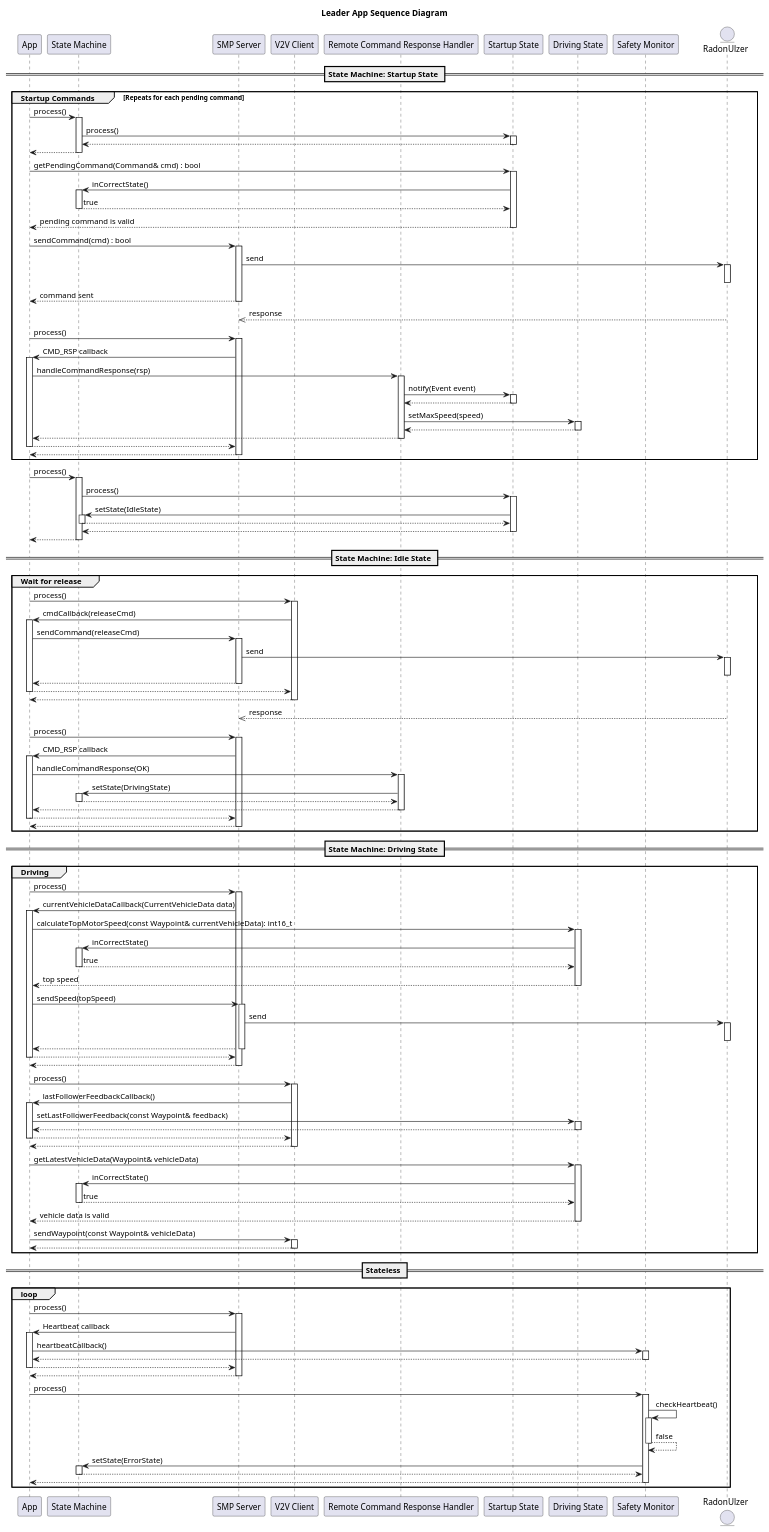
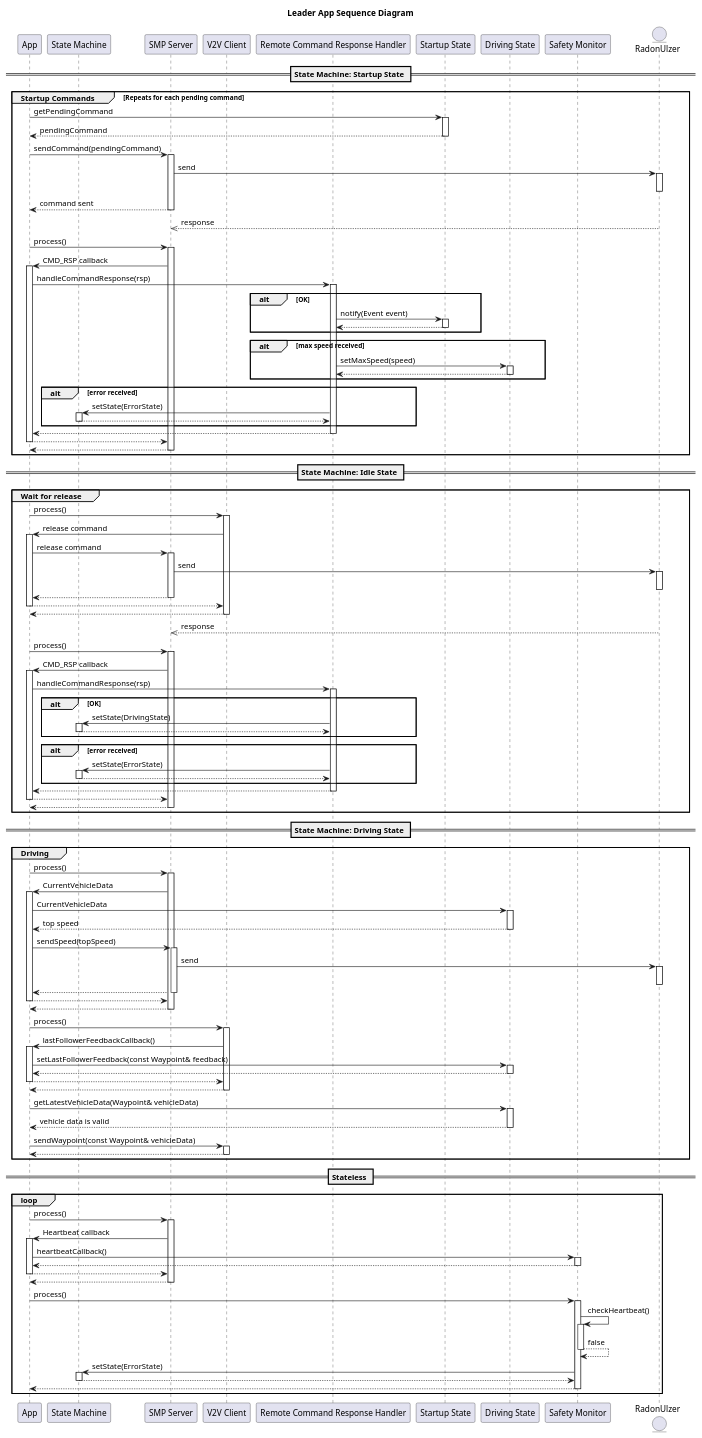
One commit to BlueAndi/DroidControlShip changed the diagram in doc/architecture/uml/ProcessView/Leader/AppSequence.puml. Above: the diagram before and after it, drawn with PlantUML.

Commit message:
Simplified leader app sequence

```diff
--- a/doc/architecture/uml/ProcessView/Leader/AppSequence.puml
+++ b/doc/architecture/uml/ProcessView/Leader/AppSequence.puml
@@ -1,131 +1,127 @@
 @startuml LeaderAppSequenceDiagram
 
 autoactivate on
 
 Title Leader App Sequence Diagram
 
 participant "App" as App
 participant "State Machine" as SM
 participant "SMP Server" as Smp
 participant "V2V Client" as Mqtt
 participant "Remote Command Response Handler" as RCRH
 participant "Startup State" as StartupState
 participant "Driving State" as DrivingState
 participant "Safety Monitor" as SafetyMonitor
 
 entity "RadonUlzer" as RU
 
 == State Machine: Startup State ==
 
 group Startup Commands [Repeats for each pending command]
-    App -> SM : process()
-        SM -> StartupState : process()
-        return
-    return
+    App -> StartupState : getPendingCommand
+    return pendingCommand
 
-    App -> StartupState : getPendingCommand(Command& cmd) : bool
-        StartupState -> SM: inCorrectState()
-        return true
-    return pending command is valid
-
-    App -> Smp : sendCommand(cmd) : bool
+    App -> Smp : sendCommand(pendingCommand)
         Smp -> RU : send
         deactivate
     return command sent
 
     RU -->> Smp : response
 
     App -> Smp : process()
         Smp -> App : CMD_RSP callback
             App -> RCRH : handleCommandResponse(rsp)
-                RCRH -> StartupState : notify(Event event)
-                return
-                RCRH -> DrivingState : setMaxSpeed(speed)
-                return
+                alt OK
+                    RCRH -> StartupState : notify(Event event)
+                    return
+                end
+                alt max speed received
+                    RCRH -> DrivingState : setMaxSpeed(speed)
+                    return
+                end
+                alt error received
+                    RCRH -> SM : setState(ErrorState)
+                    return
+                end
             return
         return
     return
 end group
 
-App -> SM : process()
-    SM -> StartupState : process()
-        StartupState -> SM : setState(IdleState)
-        return
-    return
-return
-
 == State Machine: Idle State ==
 
 group Wait for release
     App -> Mqtt : process()
-        Mqtt -> App : cmdCallback(releaseCmd)
-            App -> Smp : sendCommand(releaseCmd)
+        Mqtt -> App : release command
+            App -> Smp : release command
                 Smp -> RU : send
                 deactivate
             return
         return
     return
 
     RU -->> Smp : response
 
     App -> Smp : process()
         Smp -> App : CMD_RSP callback
-            App -> RCRH : handleCommandResponse(OK)
-                RCRH -> SM : setState(DrivingState)
-                return
+            App -> RCRH : handleCommandResponse(rsp)
+                alt OK
+                    RCRH -> SM : setState(DrivingState)
+                    return
+                end
+                alt error received
+                    RCRH -> SM : setState(ErrorState)
+                    return
+                end
             return
         return
     return
 end group
 
 == State Machine: Driving State ==
 group Driving
     App -> Smp : process()
-        Smp -> App : currentVehicleDataCallback(CurrentVehicleData data)
-            App -> DrivingState : calculateTopMotorSpeed(const Waypoint& currentVehicleData): int16_t
-                DrivingState -> SM : inCorrectState()
-                return true
+        Smp -> App : CurrentVehicleData
+            App -> DrivingState : CurrentVehicleData
             return top speed
             App -> Smp : sendSpeed(topSpeed)
                 Smp -> RU : send
                 deactivate
             return
         return
     return
 
     App -> Mqtt : process()
         Mqtt -> App : lastFollowerFeedbackCallback()
             App -> DrivingState : setLastFollowerFeedback(const Waypoint& feedback)
             return 
         return
     return
 
     App -> DrivingState : getLatestVehicleData(Waypoint& vehicleData)
-        DrivingState -> SM : inCorrectState()
-        return true
     return vehicle data is valid
 
     App -> Mqtt : sendWaypoint(const Waypoint& vehicleData)
     return
 
 end group
 
 == Stateless ==
 
 loop 
     App -> Smp : process()
         Smp -> App : Heartbeat callback
             App -> SafetyMonitor : heartbeatCallback()
             return
         return
     return
 
     App -> SafetyMonitor : process()
         SafetyMonitor -> SafetyMonitor : checkHeartbeat()
         return false
         SafetyMonitor -> SM : setState(ErrorState)
         return
     return
 end loop
 
 @enduml
```
